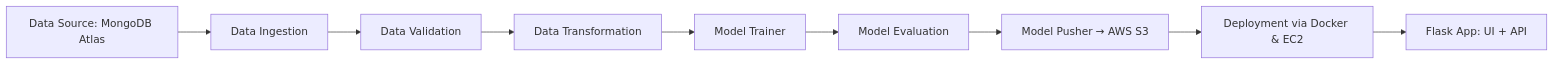
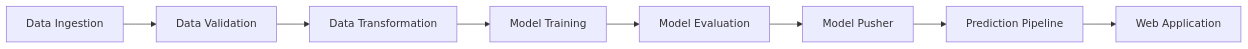
The diagram in README.md (mysteriouscoder610/MLOps-Project-1), drawn with Mermaid before and after one commit. The commit also changed other lines of this file, not shown here.

````diff
--- a/README.md
+++ b/README.md
@@ -141,11 +25,10 @@
 ```mermaid
-flowchart LR
-    A[Data Source: MongoDB Atlas] --> B[Data Ingestion]
-    B --> C[Data Validation]
-    C --> D[Data Transformation]
-    D --> E[Model Trainer]
-    E --> F[Model Evaluation]
-    F --> G[Model Pusher → AWS S3]
-    G --> H[Deployment via Docker & EC2]
-    H --> I[Flask App: UI + API]
+graph LR
+    A[Data Ingestion] --> B[Data Validation]
+    B --> C[Data Transformation]
+    C --> D[Model Training]
+    D --> E[Model Evaluation]
+    E --> F[Model Pusher]
+    F --> G[Prediction Pipeline]
+    G --> H[Web Application]
 ```
````
